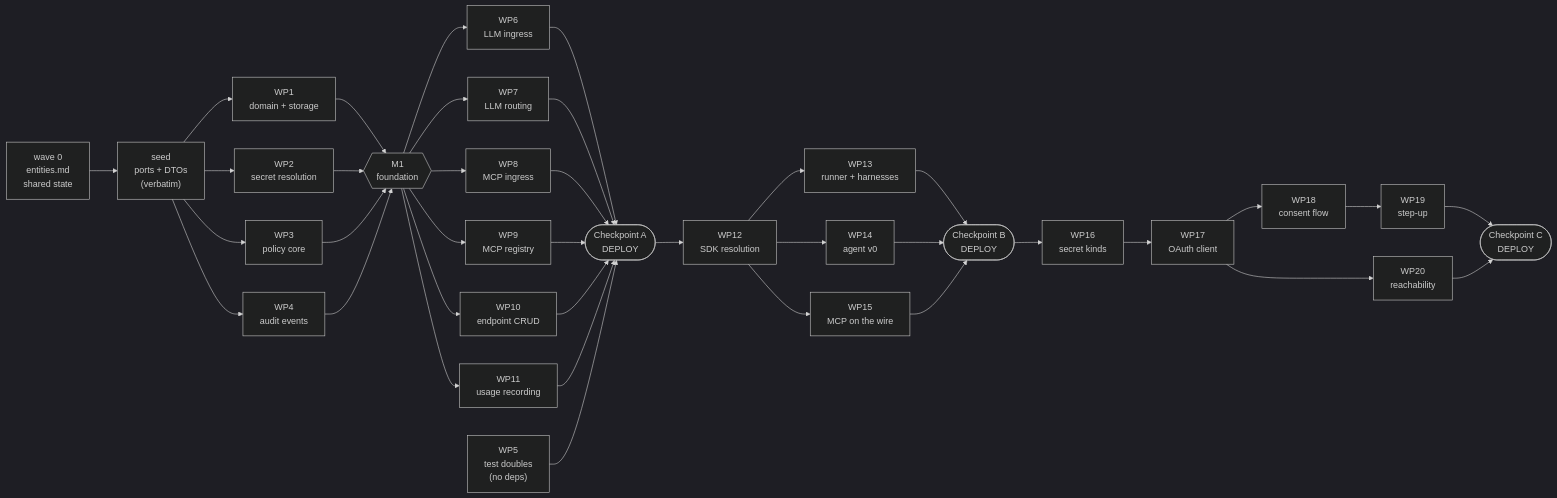
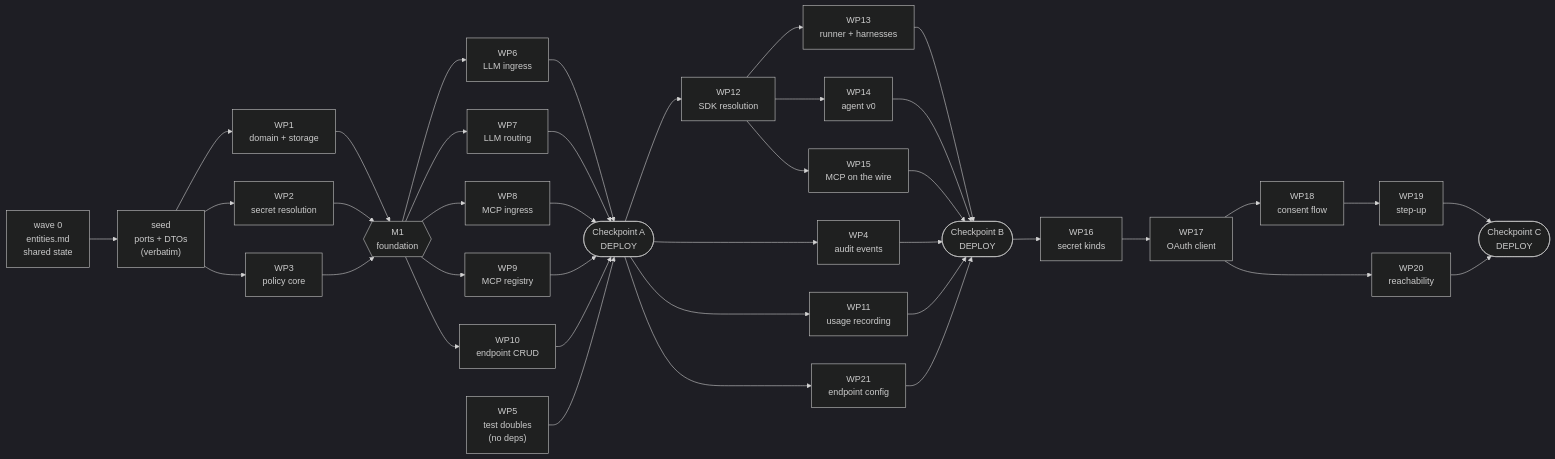
One commit to Agenta-AI/agenta changed the diagram in docs/design/gateways-research/v1/plan.md. Above: the diagram before and after it, drawn with Mermaid (dark theme). The commit also changed other lines of this file and 3 other files, not shown here.

````diff
--- a/docs/design/gateways-research/v1/plan.md
+++ b/docs/design/gateways-research/v1/plan.md
@@ -100,28 +103,29 @@
 ```mermaid
 flowchart LR
     W0["wave 0<br/>entities.md<br/>shared state"] --> S["seed<br/>ports + DTOs<br/>(verbatim)"]
     S --> WP1["WP1<br/>domain + storage"]
     S --> WP2["WP2<br/>secret resolution"]
     S --> WP3["WP3<br/>policy core"]
-    S --> WP4["WP4<br/>audit events"]
     WP5["WP5<br/>test doubles<br/>(no deps)"]
-    WP1 & WP2 & WP3 & WP4 --> M1{{"M1<br/>foundation"}}
+    WP1 & WP2 & WP3 --> M1{{"M1<br/>foundation"}}
     M1 --> WP6["WP6<br/>LLM ingress"]
     M1 --> WP7["WP7<br/>LLM routing"]
     M1 --> WP8["WP8<br/>MCP ingress"]
     M1 --> WP9["WP9<br/>MCP registry"]
     M1 --> WP10["WP10<br/>endpoint CRUD"]
-    M1 --> WP11["WP11<br/>usage recording"]
-    WP6 & WP7 & WP8 & WP9 & WP10 & WP11 & WP5 --> CA(["Checkpoint A<br/>DEPLOY"])
+    WP6 & WP7 & WP8 & WP9 & WP10 & WP5 --> CA(["Checkpoint A<br/>DEPLOY"])
     CA --> WP12["WP12<br/>SDK resolution"]
+    CA --> WP4["WP4<br/>audit events"]
+    CA --> WP11["WP11<br/>usage recording"]
+    CA --> WP21["WP21<br/>endpoint config"]
     WP12 --> WP13["WP13<br/>runner + harnesses"]
     WP12 --> WP14["WP14<br/>agent v0"]
     WP12 --> WP15["WP15<br/>MCP on the wire"]
-    WP13 & WP14 & WP15 --> CB(["Checkpoint B<br/>DEPLOY"])
+    WP13 & WP14 & WP15 & WP4 & WP11 & WP21 --> CB(["Checkpoint B<br/>DEPLOY"])
     CB --> WP16["WP16<br/>secret kinds"]
     WP16 --> WP17["WP17<br/>OAuth client"]
     WP17 --> WP18["WP18<br/>consent flow"]
     WP17 --> WP20["WP20<br/>reachability"]
     WP18 --> WP19["WP19<br/>step-up"]
     WP19 & WP20 --> CC(["Checkpoint C<br/>DEPLOY"])
 ```
````
